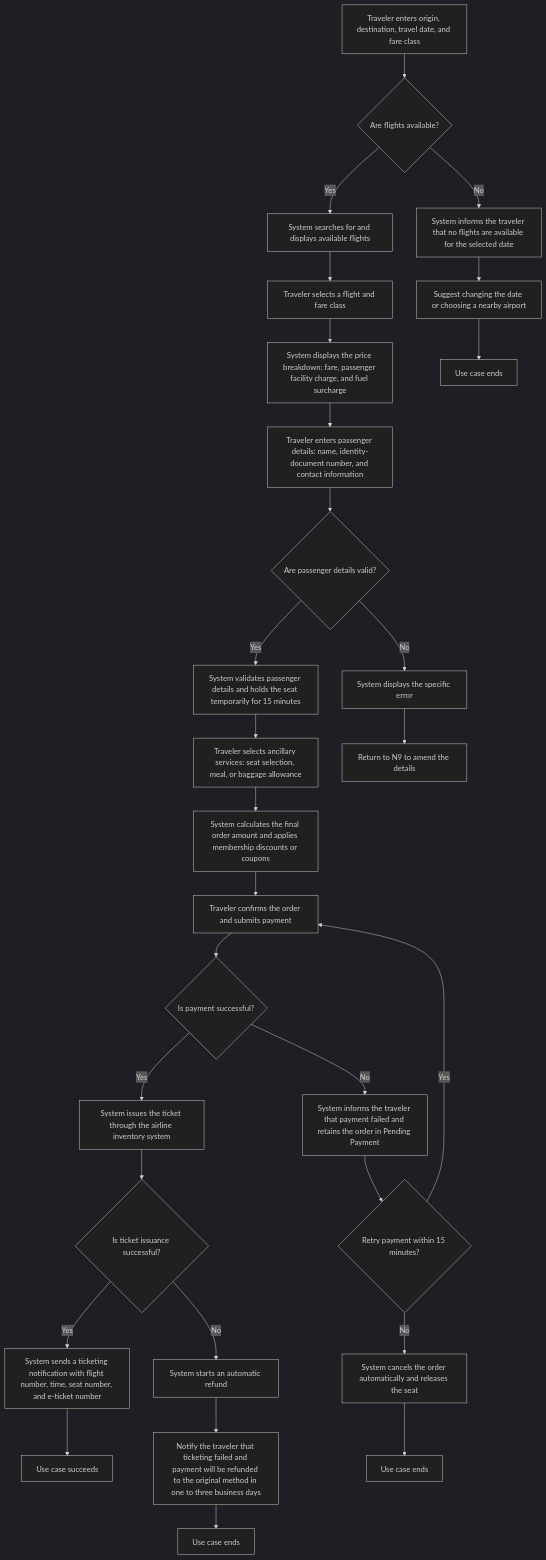
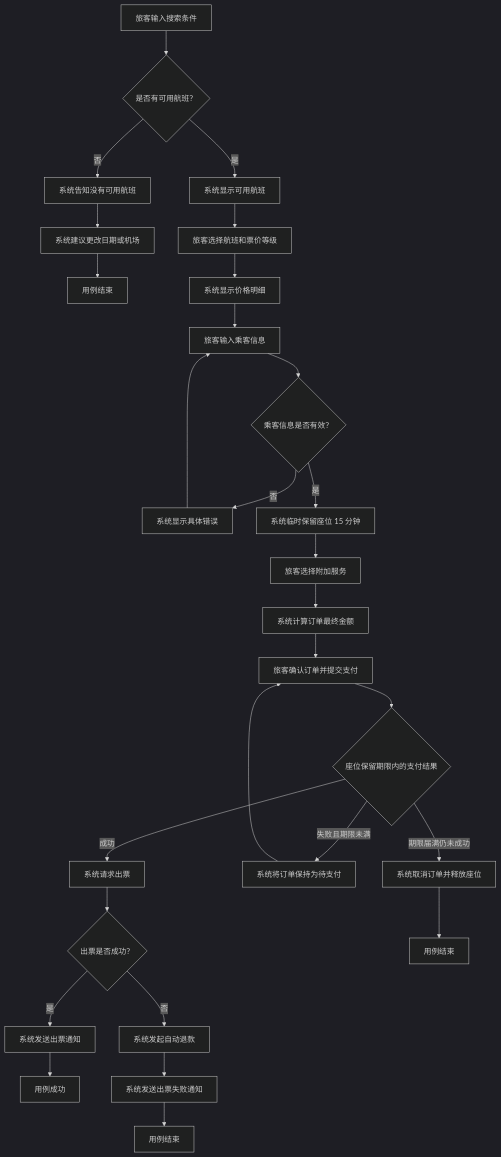
The diagram in skills/draft-use-case-specification/references/example.md (huang-xiao-jian/bluey), drawn with Mermaid (dark theme) before and after one commit. The commit also changed other lines of this file and 4 other files, not shown here.

````diff
--- a/skills/draft-use-case-specification/references/example.md
+++ b/skills/draft-use-case-specification/references/example.md
@@ -18,23 +72,17 @@
 ```mermaid
 flowchart TD
-    N1[Traveler enters origin, destination, travel date, and fare class] --> N2{Are flights available?}
-    N2 -- Yes --> N3[System searches for and displays available flights]
-    N2 -- No --> N4[System informs the traveler that no flights are available for the selected date] --> N5[Suggest changing the date or choosing a nearby airport] --> N6[Use case ends]
-    N3 --> N7[Traveler selects a flight and fare class]
-    N7 --> N8[System displays the price breakdown: fare, passenger facility charge, and fuel surcharge]
-    N8 --> N9[Traveler enters passenger details: name, identity-document number, and contact information]
-    N9 --> N10{Are passenger details valid?}
-    N10 -- Yes --> N11[System validates passenger details and holds the seat temporarily for 15 minutes]
-    N10 -- No --> N12[System displays the specific error] --> N13[Return to N9 to amend the details]
-    N11 --> N14[Traveler selects ancillary services: seat selection, meal, or baggage allowance]
-    N14 --> N15[System calculates the final order amount and applies membership discounts or coupons]
-    N15 --> N16[Traveler confirms the order and submits payment]
-    N16 --> N17{Is payment successful?}
-    N17 -- Yes --> N18[System issues the ticket through the airline inventory system]
-    N17 -- No --> N19[System informs the traveler that payment failed and retains the order in Pending Payment] --> N20{Retry payment within 15 minutes?}
-    N20 -- Yes --> N16
-    N20 -- No --> N21[System cancels the order automatically and releases the seat] --> N22[Use case ends]
-    N18 --> N23{Is ticket issuance successful?}
-    N23 -- Yes --> N24[System sends a ticketing notification with flight number, time, seat number, and e-ticket number] --> N25[Use case succeeds]
-    N23 -- No --> N26[System starts an automatic refund] --> N27[Notify the traveler that ticketing failed and payment will be refunded to the original method in one to three business days] --> N28[Use case ends]
+    search[旅客输入搜索条件] --> available{是否有可用航班？}
+    available -- 否 --> unavailable[系统告知没有可用航班] --> suggest[系统建议更改日期或机场] --> endNoFlight[用例结束]
+    available -- 是 --> display[系统显示可用航班] --> select[旅客选择航班和票价等级]
+    select --> price[系统显示价格明细] --> details[旅客输入乘客信息]
+    details --> valid{乘客信息是否有效？}
+    valid -- 否 --> error[系统显示具体错误] --> details
+    valid -- 是 --> hold[系统临时保留座位 15 分钟] --> ancillary[旅客选择附加服务]
+    ancillary --> total[系统计算订单最终金额] --> pay[旅客确认订单并提交支付]
+    pay --> paymentResult{座位保留期限内的支付结果}
+    paymentResult -- 成功 --> ticket[系统请求出票] --> issued{出票是否成功？}
+    paymentResult -- 失败且期限未满 --> pending[系统将订单保持为待支付] --> pay
+    paymentResult -- 期限届满仍未成功 --> cancel[系统取消订单并释放座位] --> endTimeout[用例结束]
+    issued -- 是 --> notice[系统发送出票通知] --> success[用例成功]
+    issued -- 否 --> refund[系统发起自动退款] --> failureNotice[系统发送出票失败通知] --> endTicketing[用例结束]
 ```
````
